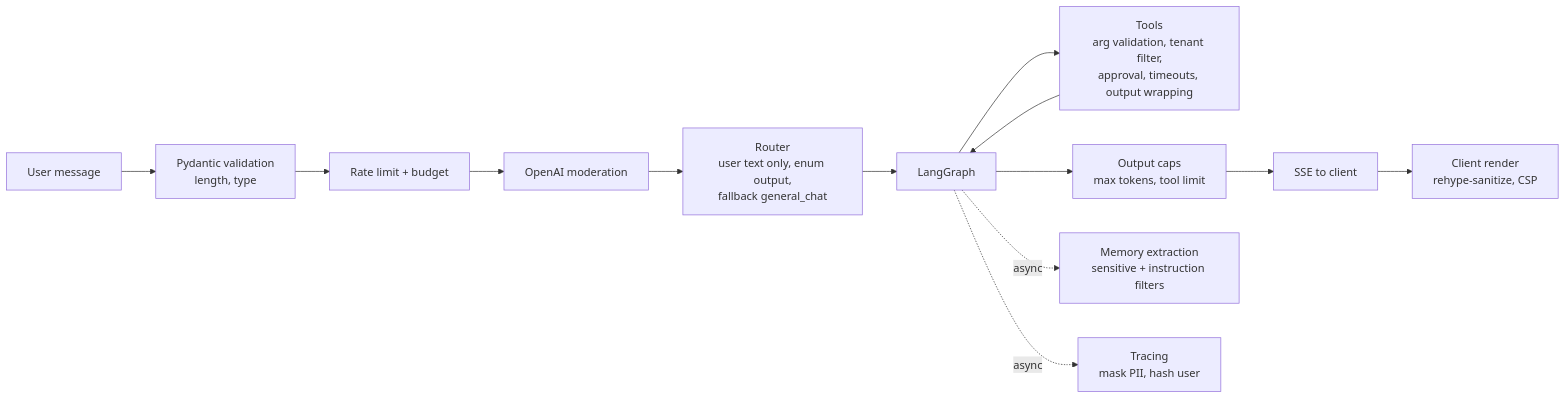
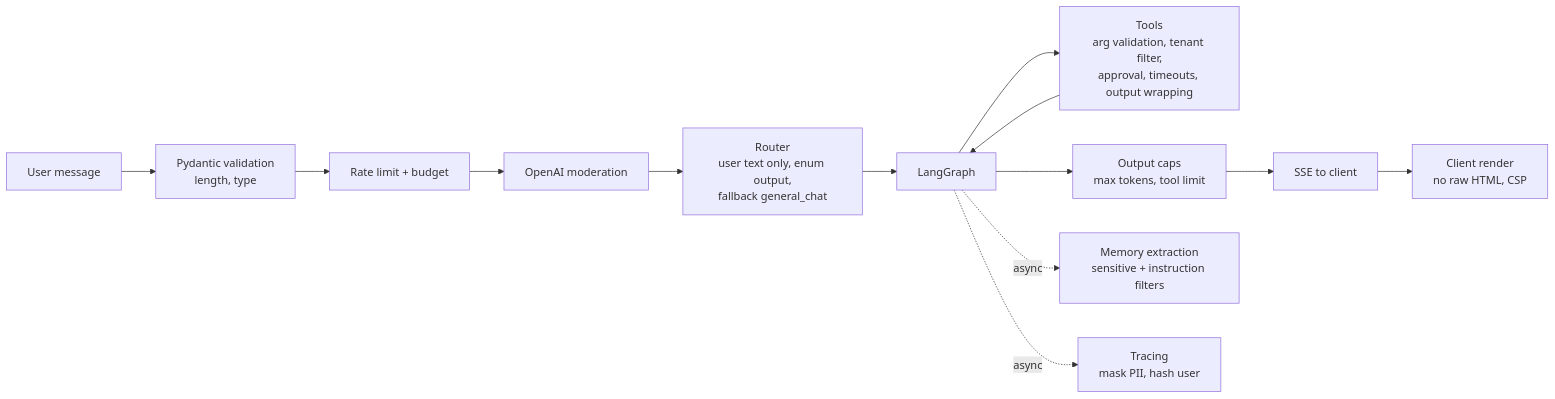
Before and after one commit to dinesh24murali/nexus-ai: the second of 2 diagrams in docs/02_outputs/10_llm_threat_model.md, drawn with Mermaid. The commit also changed other lines of this file and 34 other files, not shown here.

````diff
--- a/docs/02_outputs/10_llm_threat_model.md
+++ b/docs/02_outputs/10_llm_threat_model.md
@@ -93,9 +93,9 @@
 ```mermaid
 flowchart LR
   IN[User message] --> V[Pydantic validation<br/>length, type] --> RL[Rate limit + budget] --> MOD[OpenAI moderation] --> RT[Router<br/>user text only, enum output,<br/>fallback general_chat] --> G[LangGraph]
   G --> TOOLS[Tools<br/>arg validation, tenant filter,<br/>approval, timeouts, output wrapping]
   TOOLS --> G
-  G --> OUT[Output caps<br/>max tokens, tool limit] --> SSE[SSE to client] --> R[Client render<br/>rehype-sanitize, CSP]
+  G --> OUT[Output caps<br/>max tokens, tool limit] --> SSE[SSE to client] --> R[Client render<br/>no raw HTML, CSP]
   G -. async .-> MEM[Memory extraction<br/>sensitive + instruction filters]
   G -. async .-> TR[Tracing<br/>mask PII, hash user]
 ```
````
